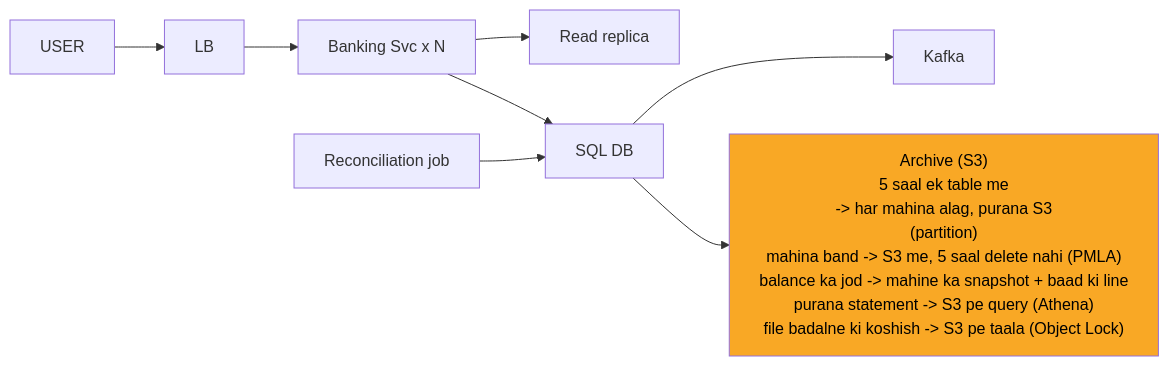
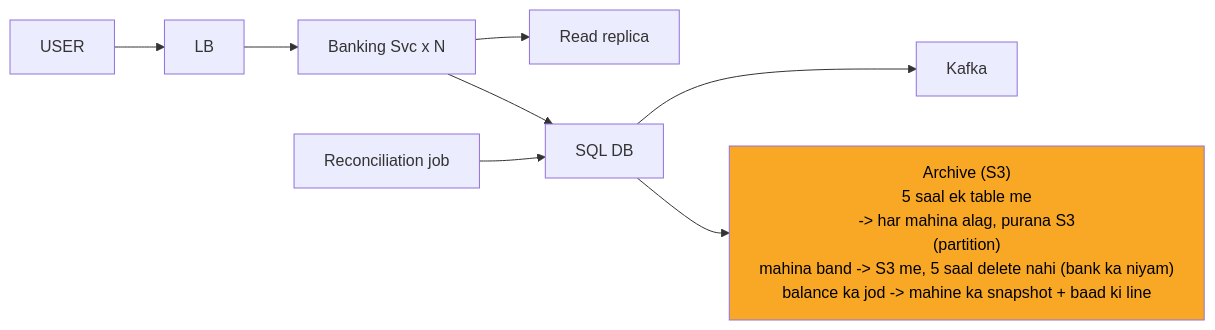
Before and after one commit to ArpanMaheshwari144/Prep: diagram 12 of 13 in 04_HLD/SYSTEM_DESIGNS/13_banking_system/13_banking_system.md, drawn with Mermaid. The commit also changed other lines of this file and 13 other files, not shown here.

````diff
--- a/04_HLD/SYSTEM_DESIGNS/13_banking_system/13_banking_system.md
+++ b/04_HLD/SYSTEM_DESIGNS/13_banking_system/13_banking_system.md
@@ -412,20 +412,20 @@
 ```mermaid
 %%{init: {"flowchart": {"wrappingWidth": 450}}}%%
 flowchart LR
     n_USER["USER"]
     n_LB["LB"]
     n_Banking_Svc_xN["Banking Svc x N"]
     n_RR["Read replica"]
     n_DB["SQL DB"]
     n_K["Kafka"]
-    n_S3["Archive (S3)<br/>5 saal ek table me<br/>-> har mahina alag, purana S3<br/>(partition)<br/>mahina band -> S3 me, 5 saal delete nahi (PMLA)<br/>balance ka jod -> mahine ka snapshot + baad ki line<br/>purana statement -> S3 pe query (Athena)<br/>file badalne ki koshish -> S3 pe taala (Object Lock)"]
+    n_S3["Archive (S3)<br/>5 saal ek table me<br/>-> har mahina alag, purana S3<br/>(partition)<br/>mahina band -> S3 me, 5 saal delete nahi (bank ka niyam)<br/>balance ka jod -> mahine ka snapshot + baad ki line"]
     n_REC["Reconciliation job"]
     n_USER --> n_LB
     n_LB --> n_Banking_Svc_xN
     n_Banking_Svc_xN --> n_RR
     n_Banking_Svc_xN --> n_DB
     n_DB --> n_K
     n_REC --> n_DB
     n_DB --> n_S3
     style n_S3 fill:#f9a825,color:#000
 ```
````
